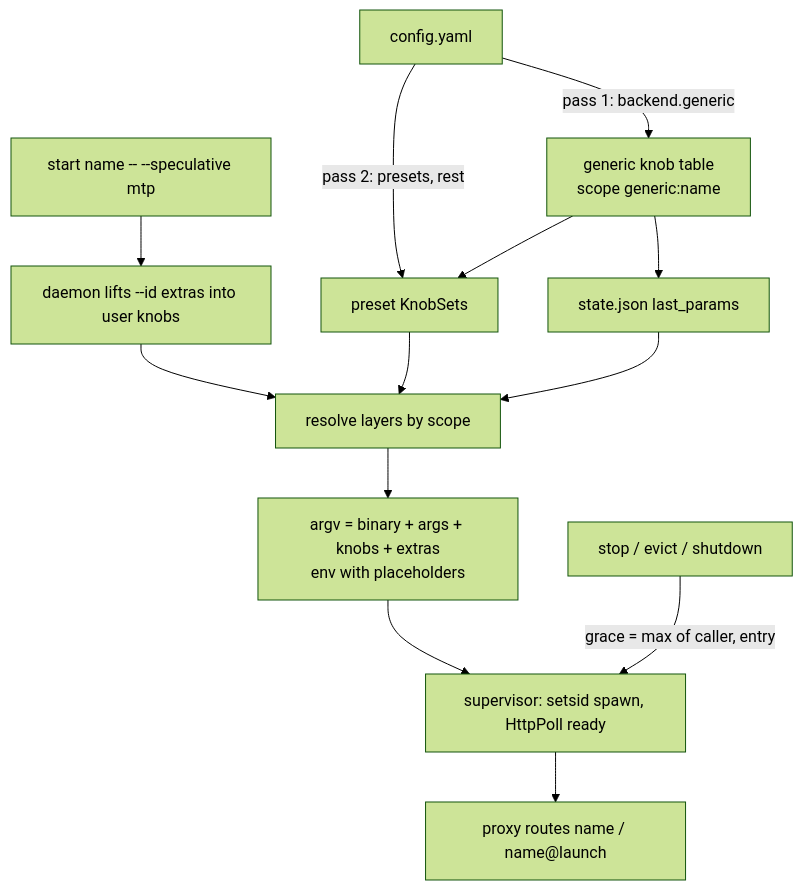
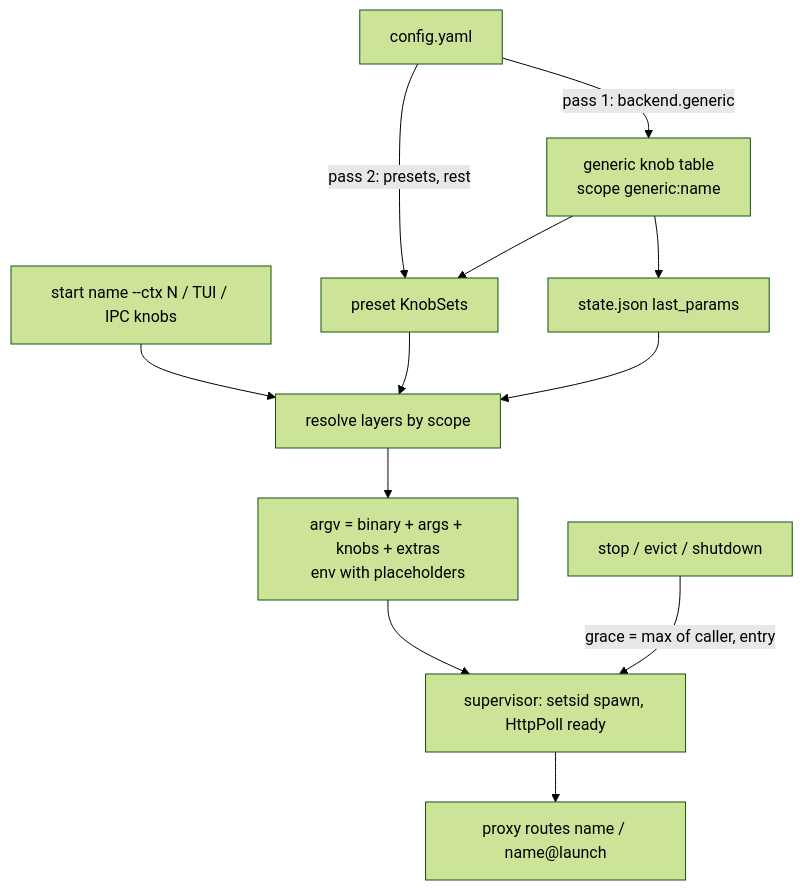
The first of 2 diagrams in docs/plans/2026-09-26-001-feat-generic-command-backend-plan.md (Penguinjanator/llamastash), drawn with Mermaid (forest theme) before and after one commit. The commit also changed other lines of this file and 1 other file, not shown here.

Commit message:
docs(generic): drop stale extras-lift claims from the plan and knob parity test

````diff
--- a/docs/plans/2026-09-26-001-feat-generic-command-backend-plan.md
+++ b/docs/plans/2026-09-26-001-feat-generic-command-backend-plan.md
@@ -405,15 +403,14 @@
 ```mermaid
 flowchart TD
   CFG[config.yaml] -->|pass 1: backend.generic| TBL[generic knob table<br/>scope generic:name]
   CFG -->|pass 2: presets, rest| PRE[preset KnobSets]
   TBL --> PRE
   TBL --> ST[state.json last_params]
-  START[start name -- --speculative mtp] --> LIFT[daemon lifts --id extras into user knobs]
-  LIFT --> RES[resolve layers by scope]
+  START[start name --ctx N / TUI / IPC knobs] --> RES[resolve layers by scope]
   PRE --> RES
   ST --> RES
   RES --> ARGV[argv = binary + args + knobs + extras<br/>env with placeholders]
   ARGV --> SUP[supervisor: setsid spawn, HttpPoll ready]
   SUP --> PROXY[proxy routes name / name@launch]
   STOP[stop / evict / shutdown] -->|grace = max of caller, entry| SUP
 ```
````
